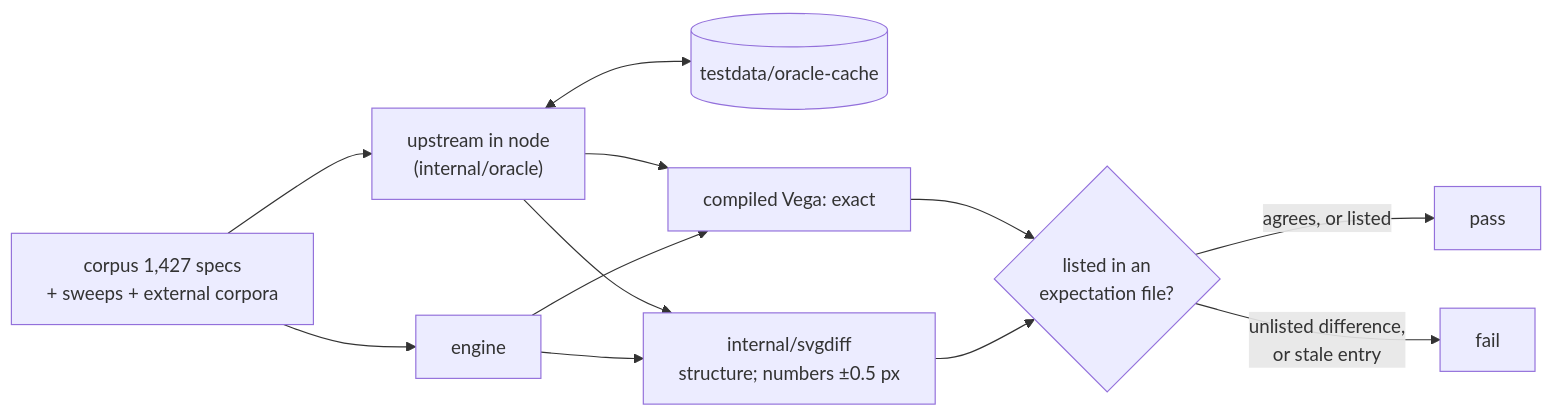
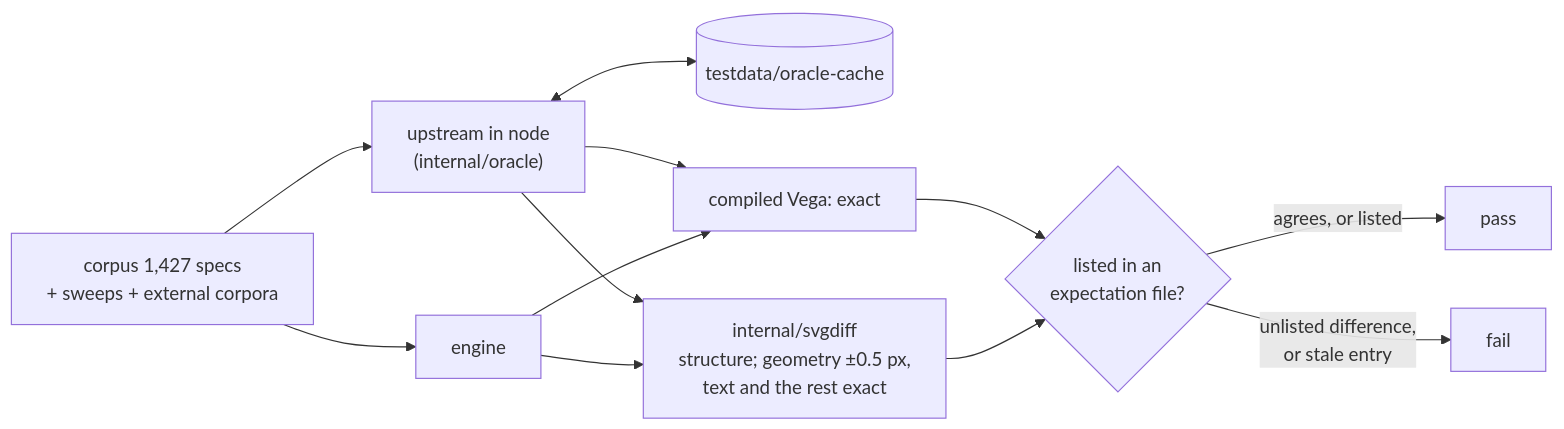
Before and after one commit to mgilbir/aster: the diagram in docs/testing.md, drawn with Mermaid. The commit also changed other lines of this file and 13 other files, not shown here.

````diff
--- a/docs/testing.md
+++ b/docs/testing.md
@@ -19,14 +19,14 @@
 ```mermaid
 flowchart LR
   C["corpus 1,427 specs<br/>+ sweeps + external corpora"] --> E["engine"]
   C --> N["upstream in node<br/>(internal/oracle)"]
   N <--> K[("testdata/oracle-cache")]
-  E --> D["internal/svgdiff<br/>structure; numbers ±0.5 px"]
+  E --> D["internal/svgdiff<br/>structure; geometry ±0.5 px,<br/>text and the rest exact"]
   N --> D
   E --> J["compiled Vega: exact"]
   N --> J
   D --> X{"listed in an<br/>expectation file?"}
   J --> X
   X -->|"agrees, or listed"| P["pass"]
   X -->|"unlisted difference,<br/>or stale entry"| F["fail"]
 ```
````
